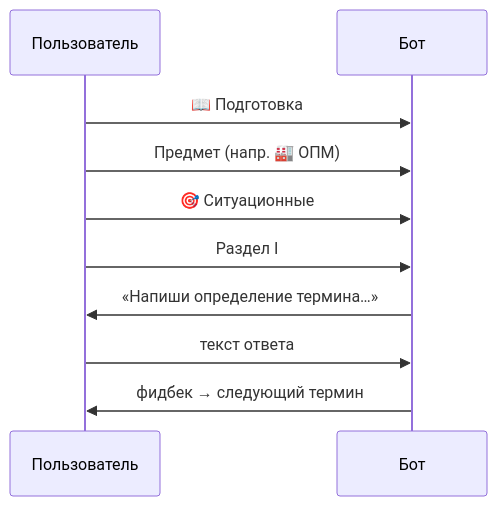
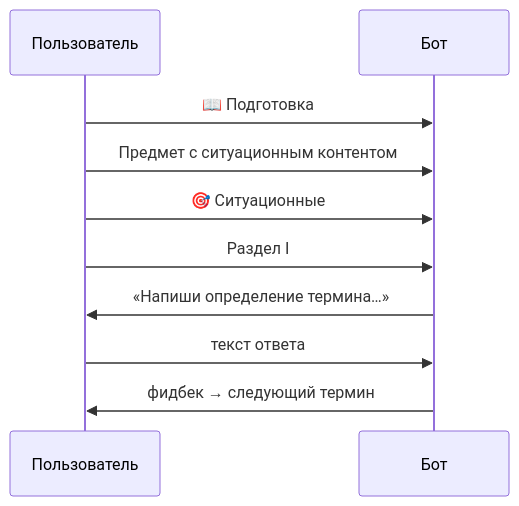
One commit to zerocious/Palph changed the fifth of 10 diagrams in user-flows.md. Above: the diagram before and after it, drawn with Mermaid. The commit also changed other lines of this file and 6 other files, not shown here.

````diff
--- a/user-flows.md
+++ b/user-flows.md
@@ -179,13 +183,13 @@
 ```mermaid
 sequenceDiagram
     participant U as Пользователь
     participant B as Бот
 
     U->>B: 📖 Подготовка
-    U->>B: Предмет (напр. 🏭 ОПМ)
+    U->>B: Предмет с ситуационным контентом
     U->>B: 🎯 Ситуационные
     U->>B: Раздел I
     B->>U: «Напиши определение термина…»
     U->>B: текст ответа
     B->>U: фидбек → следующий термин
 ```
````
